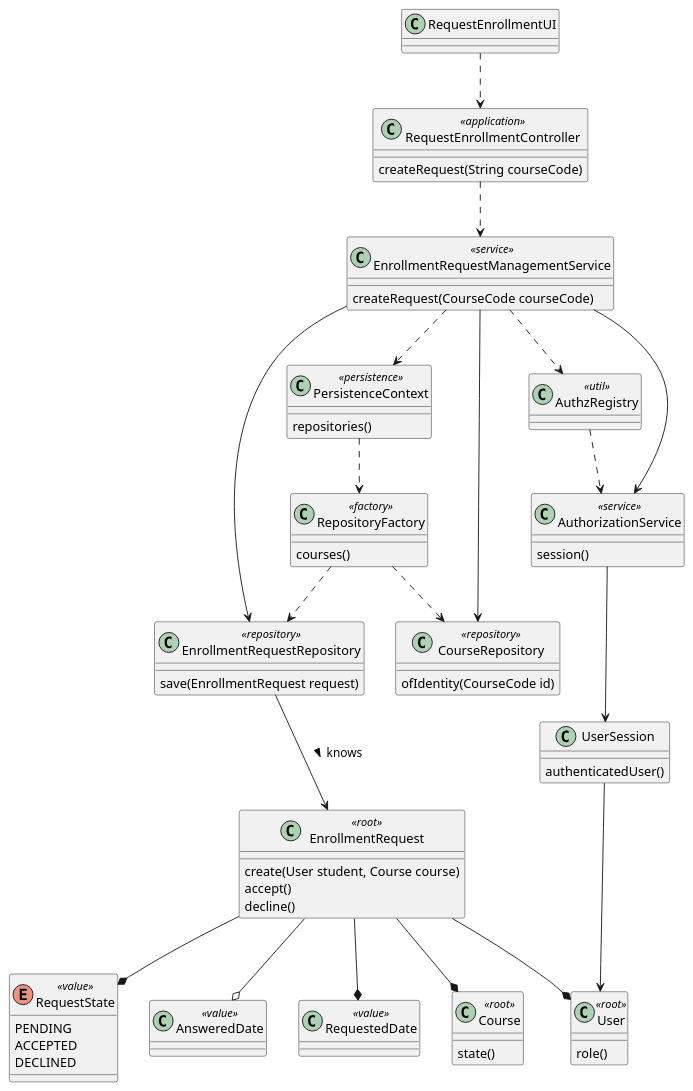
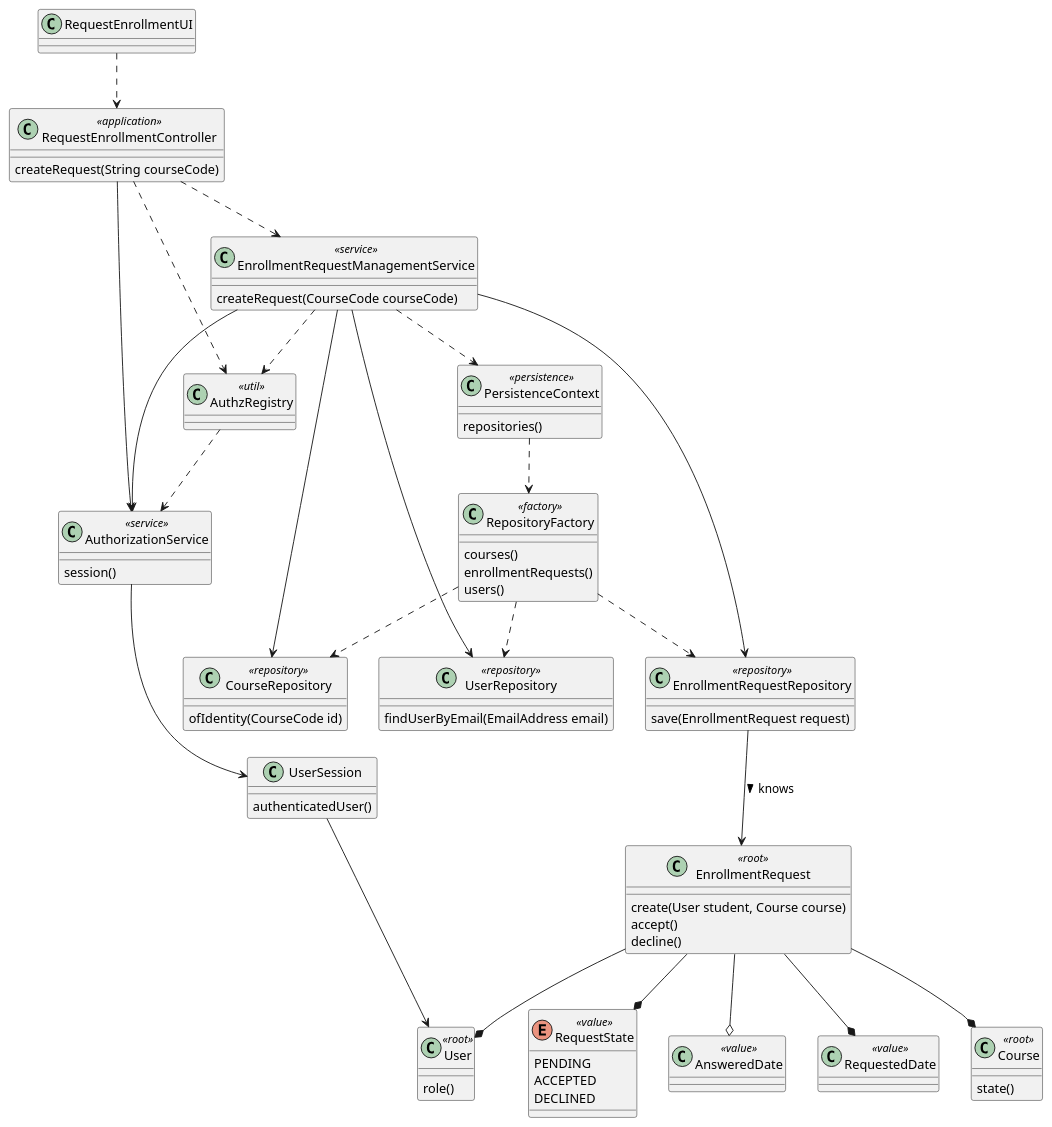
The diagram in docs/SPRINT B/US_1008/CD/CD.puml (brunacosta03/sem4pi_22_23), drawn with PlantUML before and after one commit. The commit also changed 5 other files, not shown here.

```diff
--- a/docs/SPRINT B/US_1008/CD/CD.puml
+++ b/docs/SPRINT B/US_1008/CD/CD.puml
@@ -1,107 +1,118 @@
 @startuml
 
 'left to right direction
 
 ' use case related classes
 class RequestEnrollmentUI{
 }
 
 class RequestEnrollmentController <<application>>{
     createRequest(String courseCode)
 }
 
 'domain classes
 class EnrollmentRequest <<root>>{
     create(User student, Course course)
     accept()
     decline()
 }
 
 class Course <<root>>{
     state()
 }
 
 class User <<root>>{
     role()
 }
 
 class UserSession {
     authenticatedUser()
 }
 
 ' enrollment request value objects
 enum RequestState <<value>> {
     PENDING
     ACCEPTED
     DECLINED
 }
 
 class AnsweredDate <<value>> {
 }
 
 class RequestedDate <<value>> {
 }
 
 ' repositories/persistence
 class PersistenceContext <<persistence>>{
     repositories()
 }
 
 class RepositoryFactory <<factory>> {
     courses()
+    enrollmentRequests()
+    users()
 }
 
 class CourseRepository <<repository>>{
     ofIdentity(CourseCode id)
 }
 
 class EnrollmentRequestRepository <<repository>> {
     save(EnrollmentRequest request)
+}
+
+class UserRepository <<repository>> {
+    findUserByEmail(EmailAddress email)
 }
 
 ' service
 class EnrollmentRequestManagementService <<service>> {
     createRequest(CourseCode courseCode)
 }
 
 class AuthorizationService <<service>> {
     session()
 }
 
 class AuthzRegistry <<util>> {
 }
 
 
 EnrollmentRequest --* Course
 EnrollmentRequest --* User
 EnrollmentRequest --* RequestState
 EnrollmentRequest --* RequestedDate
 EnrollmentRequest --o AnsweredDate
 
 EnrollmentRequestRepository --> EnrollmentRequest : knows >
 
 RequestEnrollmentUI ..> RequestEnrollmentController
 
 RequestEnrollmentController ..> EnrollmentRequestManagementService
+RequestEnrollmentController ..> AuthzRegistry
+RequestEnrollmentController --> AuthorizationService
 
 EnrollmentRequestManagementService ..> PersistenceContext
 EnrollmentRequestManagementService --> EnrollmentRequestRepository
 EnrollmentRequestManagementService --> CourseRepository
+EnrollmentRequestManagementService --> UserRepository
 
 PersistenceContext ..> RepositoryFactory
 
 
 RepositoryFactory ..> EnrollmentRequestRepository
 RepositoryFactory ..> CourseRepository
+RepositoryFactory ..> UserRepository
+
 
 
 AuthzRegistry ..> AuthorizationService
 AuthorizationService --> UserSession
 UserSession --> User
 
 EnrollmentRequestManagementService ..> AuthzRegistry
 EnrollmentRequestManagementService --> AuthorizationService
 
 
 
 @enduml
```
